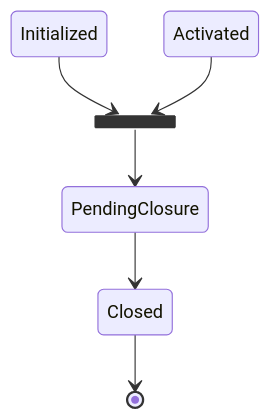
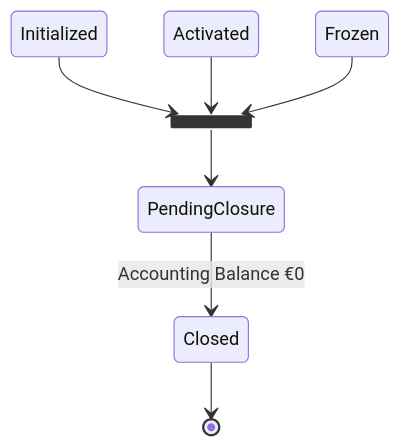
The first of 5 diagrams in docs/usecases/accounts/AccountClosure_deprecated.md (pomme-clic/s-money-documentation), drawn with Mermaid before and after one commit. The commit also changed other lines of this file, not shown here.

````diff
--- a/docs/usecases/accounts/AccountClosure_deprecated.md
+++ b/docs/usecases/accounts/AccountClosure_deprecated.md
@@ -18,11 +18,12 @@
 ```mermaid
 stateDiagram
 
 state fork_state <<fork>>
 Initialized	--> fork_state
 Activated --> fork_state
+Frozen --> fork_state
 
 fork_state --> PendingClosure
-PendingClosure --> Closed
+PendingClosure --> Closed: Accounting Balance €0
 Closed --> [*]
 ```
````
